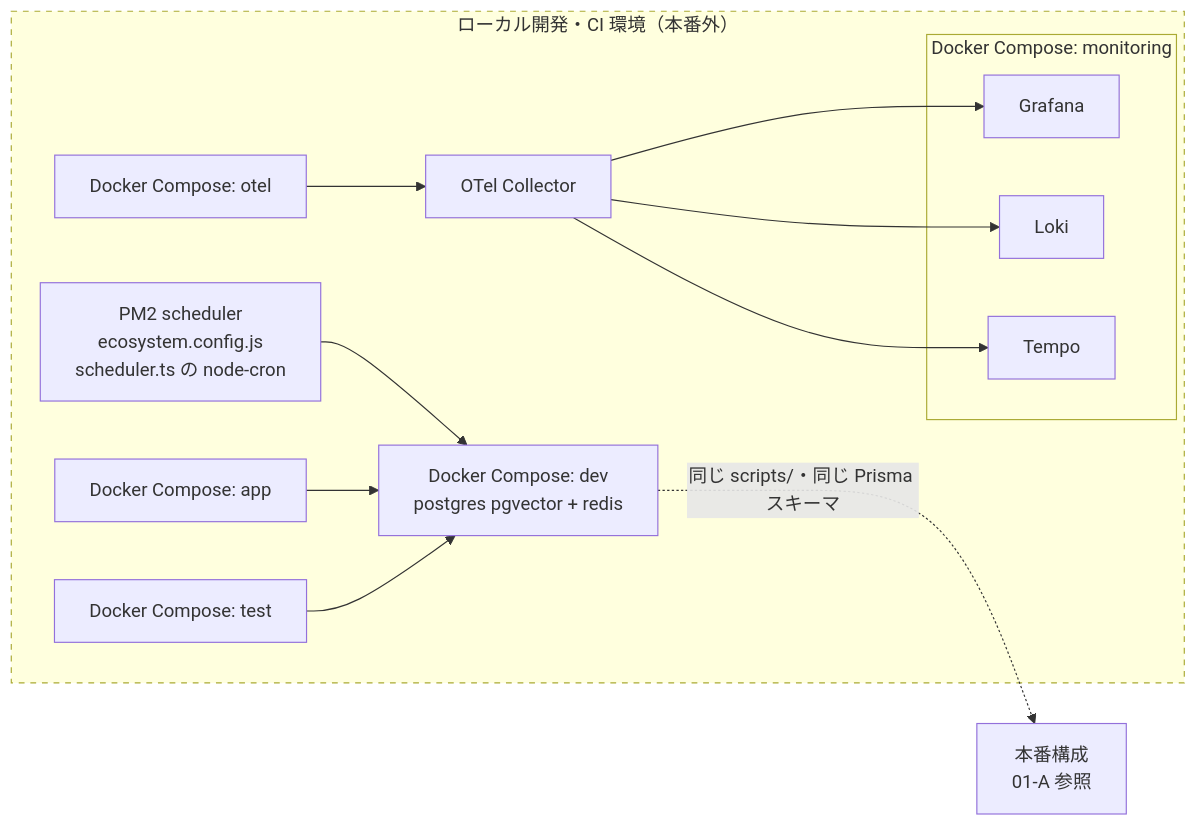
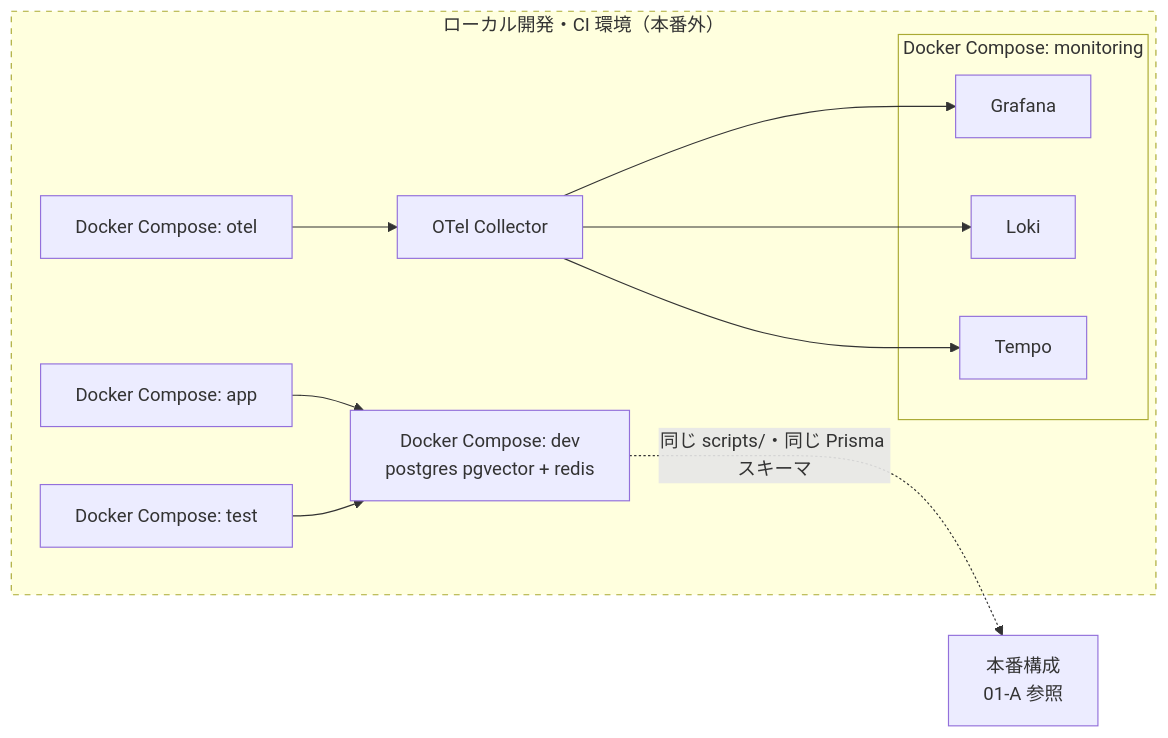
One commit to pawafulu7/techtrend changed the second of 2 diagrams in docs/architecture/01-system-overview.md. Above: the diagram before and after it, drawn with Mermaid. The commit also changed other lines of this file and 85 other files, not shown here.

````diff
--- a/docs/architecture/01-system-overview.md
+++ b/docs/architecture/01-system-overview.md
@@ -91,29 +91,27 @@
 ```mermaid
 flowchart LR
     subgraph local["ローカル開発・CI 環境（本番外）"]
         dc_dev["Docker Compose: dev<br/>postgres pgvector + redis"]
         dc_app["Docker Compose: app"]
         dc_test["Docker Compose: test"]
         dc_otel["Docker Compose: otel"]
-        pm2["PM2 scheduler<br/>ecosystem.config.js<br/>scheduler.ts の node-cron"]
         otelc["OTel Collector"]
         subgraph mon["Docker Compose: monitoring"]
             grafana["Grafana"]
             loki["Loki"]
             tempo["Tempo"]
         end
     end
 
     prod_ref["本番構成<br/>01-A 参照"]
 
     dc_otel --> otelc
     otelc --> grafana
     otelc --> loki
     otelc --> tempo
-    pm2 --> dc_dev
     dc_app --> dc_dev
     dc_test --> dc_dev
     dc_dev -. "同じ scripts/・同じ Prisma スキーマ" .-> prod_ref
 
     style local stroke-dasharray: 5 5
 ```
````
